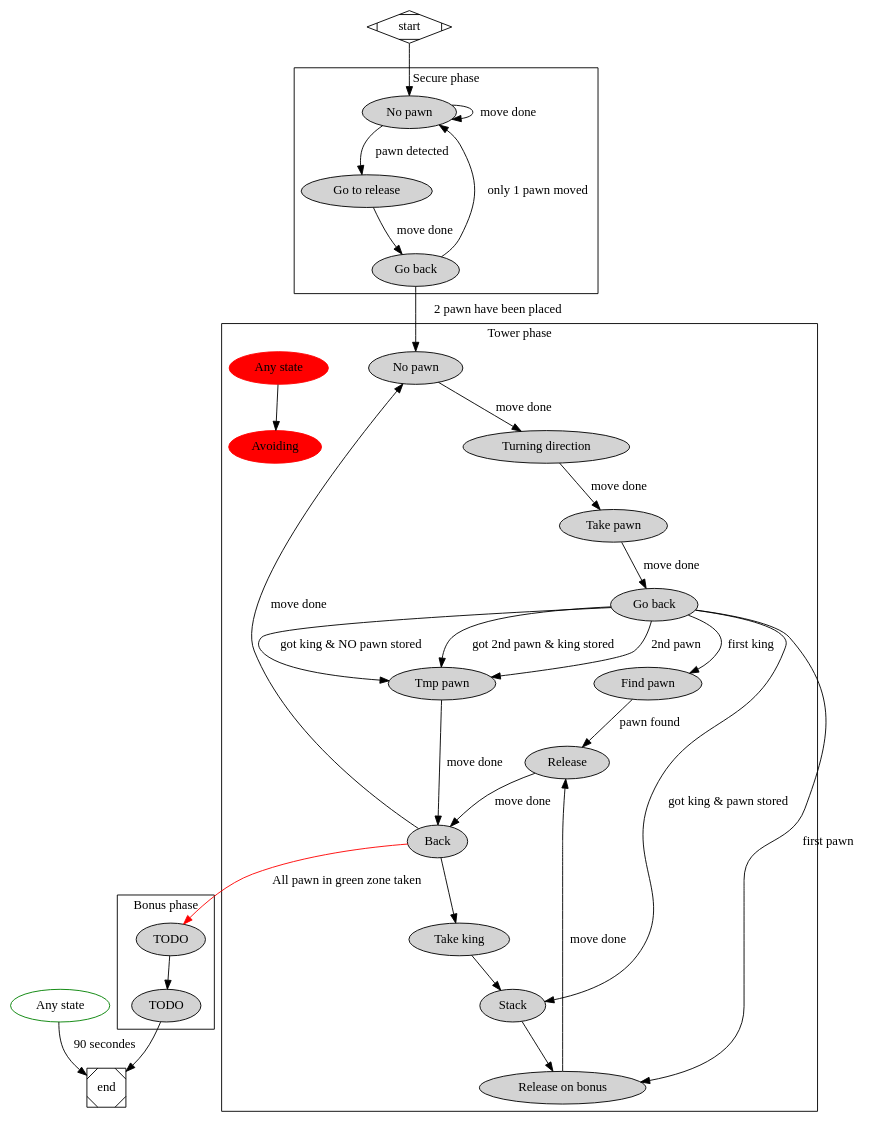
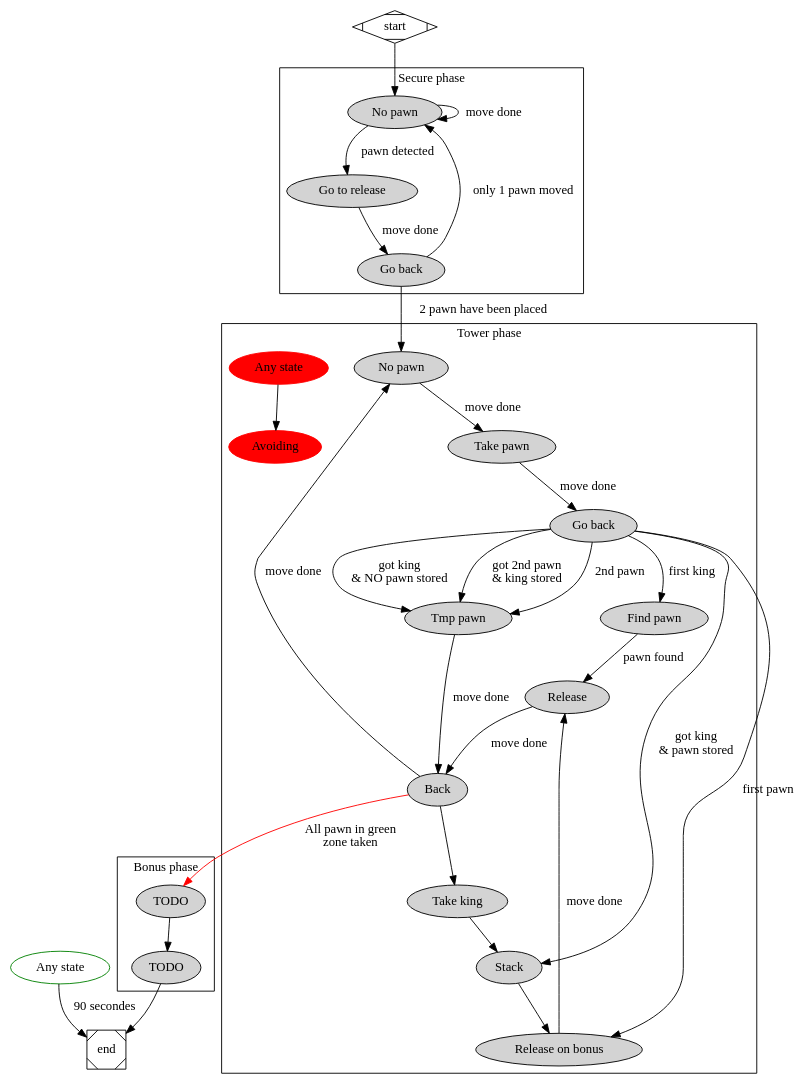
Before and after one commit to JBot/Maximus: the diagram in graph/decisions_global.dot, drawn with Graphviz. The commit also changed 2 other files, not shown here.

Commit message:
New strategy seems to work. 190 can be done but 2 bonus zone a void.

```diff
--- a/graph/decisions_global.dot
+++ b/graph/decisions_global.dot
@@ -1,91 +1,89 @@
 digraph G {
 
 	any_state_global [label = "Any state", color = green];
 
 	subgraph cluster_0 {
 		color=black
 		node [style=filled];
 		no_pawn1 [label = "No pawn"];
 	        goto_release1 [label = "Go to release"];
         	go_back1 [label = "Go back"];
 
         	no_pawn1 -> no_pawn1 [label = "move done"];
 
         	no_pawn1 -> goto_release1 [label = "pawn detected"];
 
         	goto_release1 -> go_back1 [label = "move done"];
 
         	go_back1 -> no_pawn1 [label = "only 1 pawn moved"];
 		label = "Secure phase";
 	}
 
 	subgraph cluster_1 {
 		node [style=filled];
 		no_pawn2  [label = "No pawn"];
 		take_pawn2  [label = "Take pawn"];
 		go_back2  [label = "Go back"];
 		back2  [label = "Back"];
 		find_pawn2  [label = "Find pawn"];
 		tmp_pawn2  [label = "Tmp pawn"];
 		stack2  [label = "Stack"];
 		release_on_bonus2  [label = "Release on bonus"];
 		release2  [label = "Release"];
 		any_states2  [label = "Any state", color = red];
-		turning_direction2  [label = "Turning direction"];
 		avoiding2  [label = "Avoiding", color = red];
 		take_king2  [label = "Take king"];
 
 		
-		no_pawn2 -> turning_direction2 [label = "move done"];
-		turning_direction2 -> take_pawn2 [label = "move done"];
+		no_pawn2 -> take_pawn2 [label = "move done"];
 		take_pawn2 -> go_back2 [label = "move done"];
 		
-		go_back2 -> tmp_pawn2 [label = "got 2nd pawn & king stored"];
+		go_back2 -> tmp_pawn2 [label = "got 2nd pawn \n& king stored"];
 		go_back2 -> tmp_pawn2 [label = "2nd pawn"];
-		go_back2 -> tmp_pawn2 [label = "got king & NO pawn stored"];
-		go_back2 -> stack2 [label = "got king & pawn stored"];
+		go_back2 -> tmp_pawn2 [label = "got king \n& NO pawn stored"];
+		go_back2 -> stack2 [label = "got king \n& pawn stored"];
 		go_back2 -> release_on_bonus2 [label = "first pawn"];
 		go_back2 -> find_pawn2 [label = "first king"];
 
 		find_pawn2 -> release2 [label = "pawn found"];	
 		release2 -> back2 [label = "move done"];
 		back2 -> no_pawn2 [label = "move done"];
 		
 		tmp_pawn2 -> back2 [label = "move done"];		
 
 		stack2 -> release_on_bonus2;
 		
 		release_on_bonus2 -> release2 [label = "move done"];
 		
 		back2 -> take_king2;
 		take_king2 -> stack2;
 
 		any_states2 -> avoiding2;
 
 		label = "Tower phase";
 		color=black
 	}
 
         subgraph cluster_2 {
                 node [style=filled];
                 no_pawn3 [label = "TODO"];
                 take_pawn3 [label = "TODO"];
 
                 no_pawn3 -> take_pawn3;
 
 
                 label = "Bonus phase";
                 color=black
         }
 
 
 	start -> no_pawn1;
         go_back1 -> no_pawn2 [label = "2 pawn have been placed"];
-	back2 -> no_pawn3 [label = "All pawn in green zone taken", color = red];
+	back2 -> no_pawn3 [label = "All pawn in green \nzone taken", color = red];
 	take_pawn3 -> end;
 
 	any_state_global -> end [label = "90 secondes"];
 
 	start [shape=Mdiamond];
 	end [shape=Msquare];
 }
```
